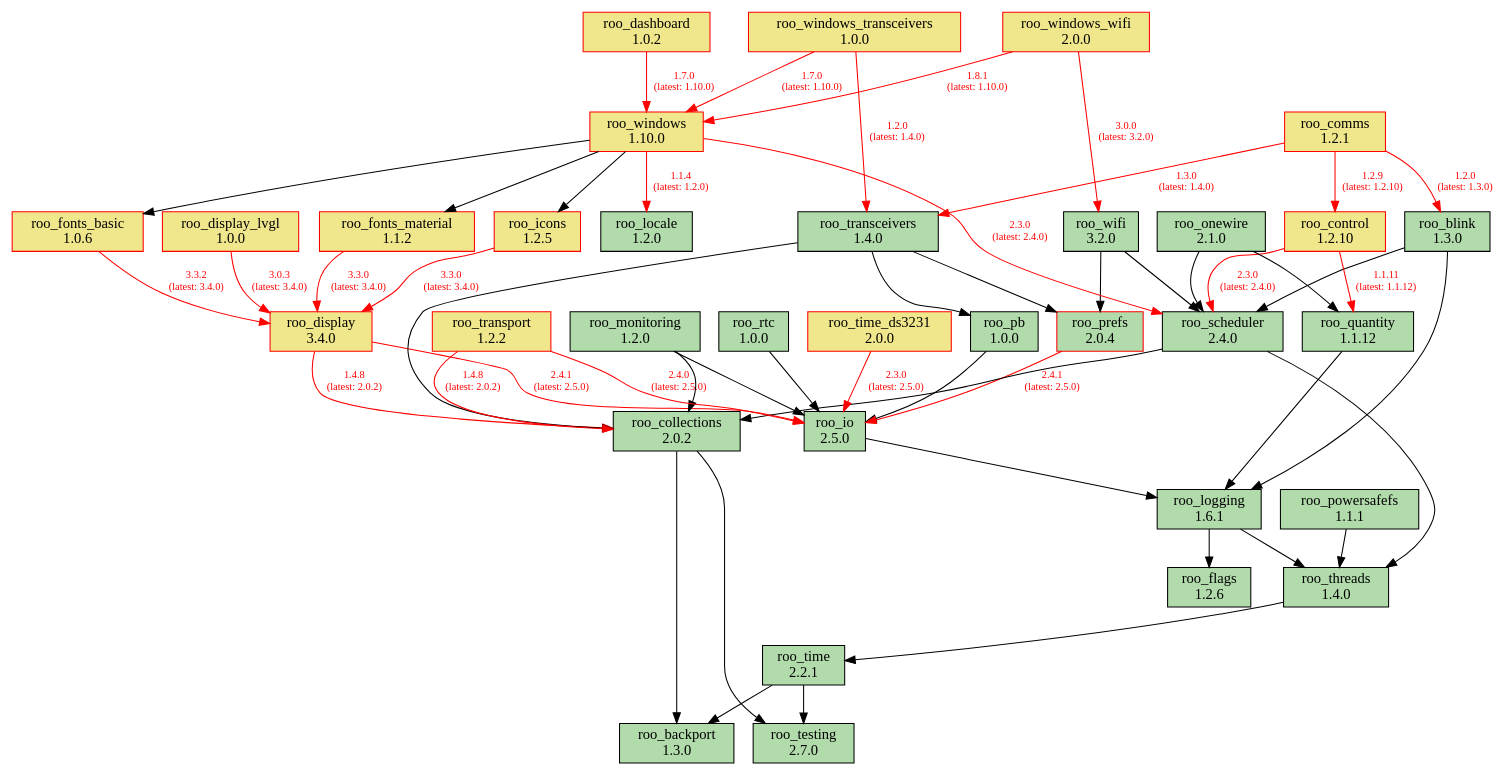
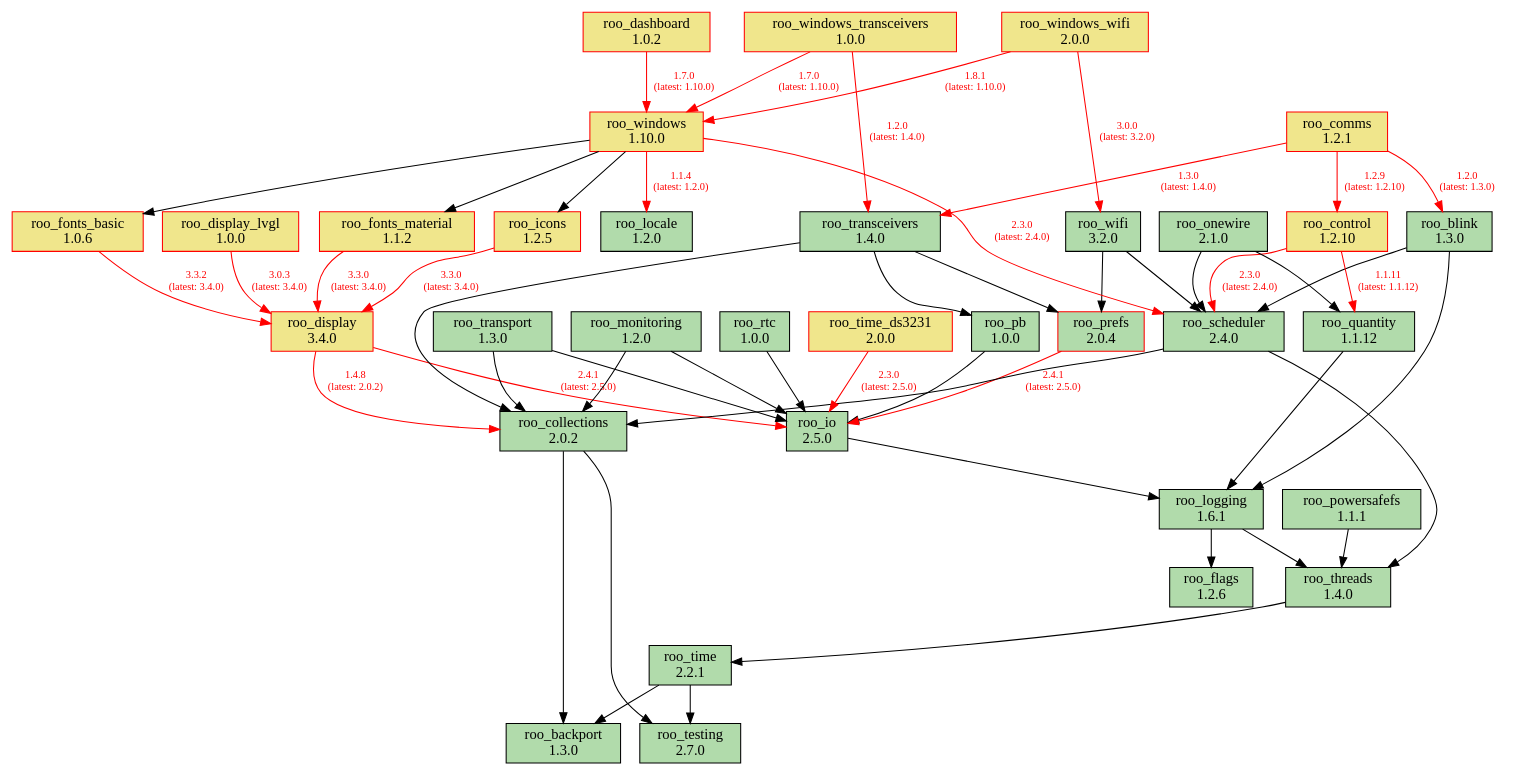
Before and after one commit to dejwk/roo-registry: the diagram in doc/dependencies.dot, drawn with Graphviz. The commit also changed 3 other files, not shown here.

Commit message:
Added roo_transport 1.3.0 to the registry.

```diff
--- a/doc/dependencies.dot
+++ b/doc/dependencies.dot
@@ -1,92 +1,92 @@
 digraph dependencies {
     rankdir=TB;
     node [shape=box, style=filled];
     edge [fontsize=10];
 
     // Modules
     "roo_backport" [label="roo_backport\n1.3.0", fillcolor="#b1dbab", color="black"];
     "roo_blink" [label="roo_blink\n1.3.0", fillcolor="#b1dbab", color="black"];
     "roo_collections" [label="roo_collections\n2.0.2", fillcolor="#b1dbab", color="black"];
     "roo_comms" [label="roo_comms\n1.2.1", fillcolor="khaki", color="red"];
     "roo_control" [label="roo_control\n1.2.10", fillcolor="khaki", color="red"];
     "roo_dashboard" [label="roo_dashboard\n1.0.2", fillcolor="khaki", color="red"];
     "roo_display" [label="roo_display\n3.4.0", fillcolor="khaki", color="red"];
     "roo_display_lvgl" [label="roo_display_lvgl\n1.0.0", fillcolor="khaki", color="red"];
     "roo_flags" [label="roo_flags\n1.2.6", fillcolor="#b1dbab", color="black"];
     "roo_fonts_basic" [label="roo_fonts_basic\n1.0.6", fillcolor="khaki", color="red"];
     "roo_fonts_material" [label="roo_fonts_material\n1.1.2", fillcolor="khaki", color="red"];
     "roo_icons" [label="roo_icons\n1.2.5", fillcolor="khaki", color="red"];
     "roo_io" [label="roo_io\n2.5.0", fillcolor="#b1dbab", color="black"];
     "roo_locale" [label="roo_locale\n1.2.0", fillcolor="#b1dbab", color="black"];
     "roo_logging" [label="roo_logging\n1.6.1", fillcolor="#b1dbab", color="black"];
     "roo_monitoring" [label="roo_monitoring\n1.2.0", fillcolor="#b1dbab", color="black"];
     "roo_onewire" [label="roo_onewire\n2.1.0", fillcolor="#b1dbab", color="black"];
     "roo_pb" [label="roo_pb\n1.0.0", fillcolor="#b1dbab", color="black"];
     "roo_powersafefs" [label="roo_powersafefs\n1.1.1", fillcolor="#b1dbab", color="black"];
     "roo_prefs" [label="roo_prefs\n2.0.4", fillcolor="#b1dbab", color="red"];
     "roo_quantity" [label="roo_quantity\n1.1.12", fillcolor="#b1dbab", color="black"];
     "roo_rtc" [label="roo_rtc\n1.0.0", fillcolor="#b1dbab", color="black"];
     "roo_scheduler" [label="roo_scheduler\n2.4.0", fillcolor="#b1dbab", color="black"];
     "roo_testing" [label="roo_testing\n2.7.0", fillcolor="#b1dbab", color="black"];
     "roo_threads" [label="roo_threads\n1.4.0", fillcolor="#b1dbab", color="black"];
     "roo_time" [label="roo_time\n2.2.1", fillcolor="#b1dbab", color="black"];
     "roo_time_ds3231" [label="roo_time_ds3231\n2.0.0", fillcolor="khaki", color="red"];
     "roo_transceivers" [label="roo_transceivers\n1.4.0", fillcolor="#b1dbab", color="black"];
-    "roo_transport" [label="roo_transport\n1.2.2", fillcolor="khaki", color="red"];
+    "roo_transport" [label="roo_transport\n1.3.0", fillcolor="#b1dbab", color="black"];
     "roo_wifi" [label="roo_wifi\n3.2.0", fillcolor="#b1dbab", color="black"];
     "roo_windows" [label="roo_windows\n1.10.0", fillcolor="khaki", color="red"];
     "roo_windows_transceivers" [label="roo_windows_transceivers\n1.0.0", fillcolor="khaki", color="red"];
     "roo_windows_wifi" [label="roo_windows_wifi\n2.0.0", fillcolor="khaki", color="red"];
 
     // Dependencies
     "roo_blink" -> "roo_logging";
     "roo_blink" -> "roo_scheduler";
     "roo_collections" -> "roo_testing";
     "roo_collections" -> "roo_backport";
     "roo_comms" -> "roo_blink" [color=red, fontcolor=red, label="1.2.0\n(latest: 1.3.0)"];
     "roo_comms" -> "roo_control" [color=red, fontcolor=red, label="1.2.9\n(latest: 1.2.10)"];
     "roo_comms" -> "roo_transceivers" [color=red, fontcolor=red, label="1.3.0\n(latest: 1.4.0)"];
     "roo_control" -> "roo_quantity" [color=red, fontcolor=red, label="1.1.11\n(latest: 1.1.12)"];
     "roo_control" -> "roo_scheduler" [color=red, fontcolor=red, label="2.3.0\n(latest: 2.4.0)"];
     "roo_dashboard" -> "roo_windows" [color=red, fontcolor=red, label="1.7.0\n(latest: 1.10.0)"];
     "roo_display" -> "roo_collections" [color=red, fontcolor=red, label="1.4.8\n(latest: 2.0.2)"];
     "roo_display" -> "roo_io" [color=red, fontcolor=red, label="2.4.1\n(latest: 2.5.0)"];
     "roo_display_lvgl" -> "roo_display" [color=red, fontcolor=red, label="3.0.3\n(latest: 3.4.0)"];
     "roo_fonts_basic" -> "roo_display" [color=red, fontcolor=red, label="3.3.2\n(latest: 3.4.0)"];
     "roo_fonts_material" -> "roo_display" [color=red, fontcolor=red, label="3.3.0\n(latest: 3.4.0)"];
     "roo_icons" -> "roo_display" [color=red, fontcolor=red, label="3.3.0\n(latest: 3.4.0)"];
     "roo_io" -> "roo_logging";
     "roo_logging" -> "roo_flags";
     "roo_logging" -> "roo_threads";
     "roo_monitoring" -> "roo_collections";
     "roo_monitoring" -> "roo_io";
     "roo_onewire" -> "roo_scheduler";
     "roo_onewire" -> "roo_quantity";
     "roo_pb" -> "roo_io";
     "roo_powersafefs" -> "roo_threads";
     "roo_prefs" -> "roo_io" [color=red, fontcolor=red, label="2.4.1\n(latest: 2.5.0)"];
     "roo_quantity" -> "roo_logging";
     "roo_rtc" -> "roo_io";
     "roo_scheduler" -> "roo_collections";
     "roo_scheduler" -> "roo_threads";
     "roo_threads" -> "roo_time";
     "roo_time" -> "roo_testing";
     "roo_time" -> "roo_backport";
     "roo_time_ds3231" -> "roo_io" [color=red, fontcolor=red, label="2.3.0\n(latest: 2.5.0)"];
     "roo_transceivers" -> "roo_pb";
     "roo_transceivers" -> "roo_collections";
     "roo_transceivers" -> "roo_prefs";
-    "roo_transport" -> "roo_collections" [color=red, fontcolor=red, label="1.4.8\n(latest: 2.0.2)"];
-    "roo_transport" -> "roo_io" [color=red, fontcolor=red, label="2.4.0\n(latest: 2.5.0)"];
+    "roo_transport" -> "roo_collections";
+    "roo_transport" -> "roo_io";
     "roo_wifi" -> "roo_prefs";
     "roo_wifi" -> "roo_scheduler";
     "roo_windows" -> "roo_fonts_basic";
     "roo_windows" -> "roo_fonts_material";
     "roo_windows" -> "roo_locale" [color=red, fontcolor=red, label="1.1.4\n(latest: 1.2.0)"];
     "roo_windows" -> "roo_icons";
     "roo_windows" -> "roo_scheduler" [color=red, fontcolor=red, label="2.3.0\n(latest: 2.4.0)"];
     "roo_windows_transceivers" -> "roo_transceivers" [color=red, fontcolor=red, label="1.2.0\n(latest: 1.4.0)"];
     "roo_windows_transceivers" -> "roo_windows" [color=red, fontcolor=red, label="1.7.0\n(latest: 1.10.0)"];
     "roo_windows_wifi" -> "roo_wifi" [color=red, fontcolor=red, label="3.0.0\n(latest: 3.2.0)"];
     "roo_windows_wifi" -> "roo_windows" [color=red, fontcolor=red, label="1.8.1\n(latest: 1.10.0)"];
 }
```
